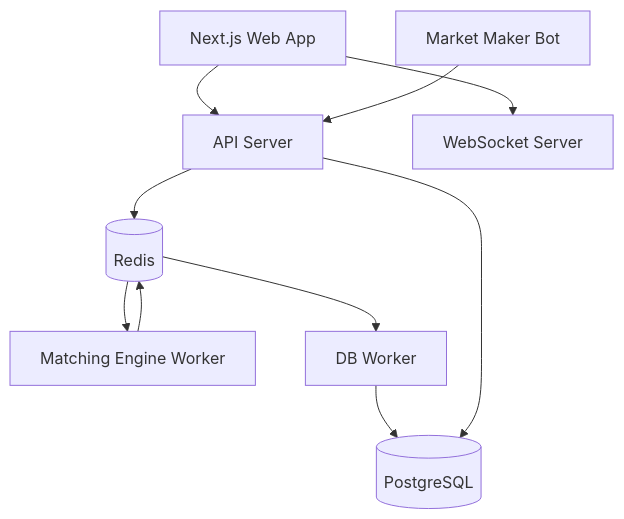
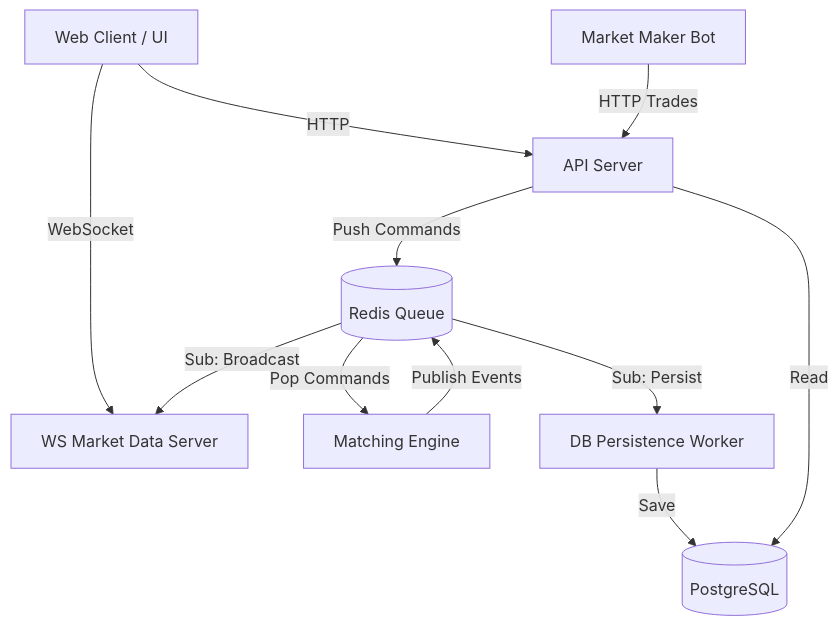
One commit to harshxengr/Xchng changed the diagram in README.md. Above: the diagram before and after it, drawn with Mermaid. The commit also changed other lines of this file and 6 other files, not shown here.

````diff
--- a/README.md
+++ b/README.md
@@ -39,12 +27,17 @@
 ```mermaid
 graph TD
-  Web[Next.js Web App] --> API[API Server]
-  Web --> WS[WebSocket Server]
-  API --> Redis[(Redis)]
-  Redis --> Engine[Matching Engine Worker]
-  Engine --> Redis
-  Redis --> DBWorker[DB Worker]
-  DBWorker --> Postgres[(PostgreSQL)]
-  MMBot[Market Maker Bot] --> API
-  API --> Postgres
+  Client[Web Client / UI] -->|HTTP| API[API Server]
+  Client -->|WebSocket| WS[WS Market Data Server]
+  
+  API -->|Push Commands| Redis[(Redis Queue)]
+  Redis -->|Pop Commands| Engine[Matching Engine]
+  
+  Engine -->|Publish Events| Redis
+  Redis -->|Sub: Broadcast| WS
+  Redis -->|Sub: Persist| DBWorker[DB Persistence Worker]
+  
+  DBWorker -->|Save| DB[(PostgreSQL)]
+  API -->|Read| DB
+  
+  MM[Market Maker Bot] -->|HTTP Trades| API
 ```
````
